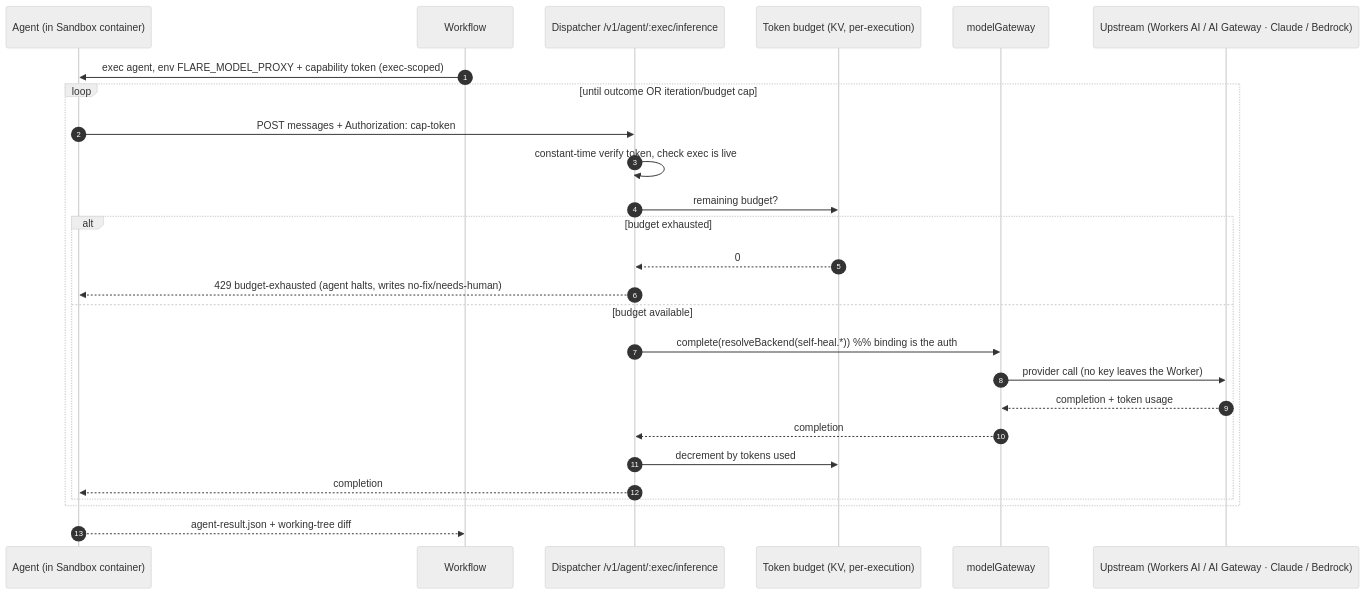
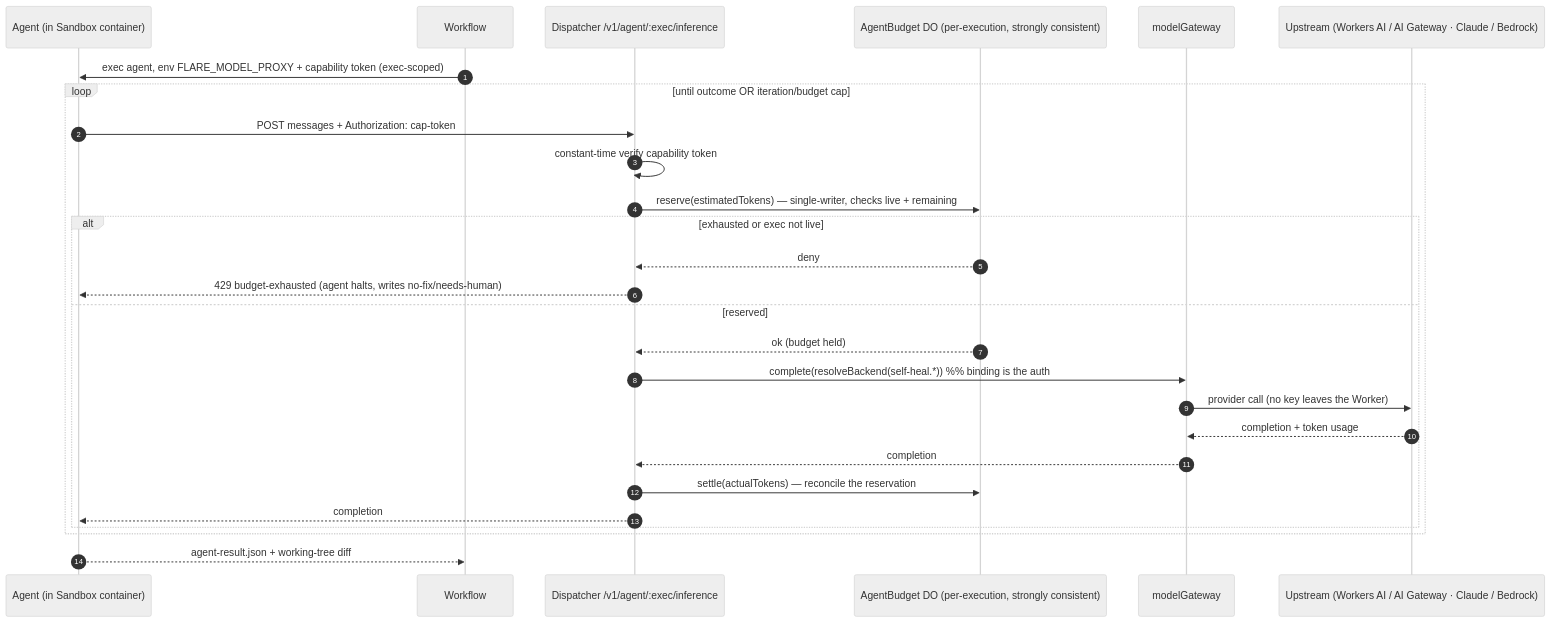
One commit to OpenHackersClub/flare-dispatch changed the fourth of 7 diagrams in specs/08-self-healing.md. Above: the diagram before and after it, drawn with Mermaid (neutral theme). The commit also changed other lines of this file, not shown here.

````diff
--- a/specs/08-self-healing.md
+++ b/specs/08-self-healing.md
@@ -411,29 +431,30 @@
 ```mermaid
 sequenceDiagram
   autonumber
   participant AG as Agent (in Sandbox container)
   participant WF as Workflow
   participant MP as Dispatcher /v1/agent/:exec/inference
-  participant TB as Token budget (KV, per-execution)
+  participant TB as AgentBudget DO (per-execution, strongly consistent)
   participant MG as modelGateway
   participant UP as Upstream (Workers AI / AI Gateway · Claude / Bedrock)
 
   WF->>AG: exec agent, env FLARE_MODEL_PROXY + capability token (exec-scoped)
   loop until outcome OR iteration/budget cap
     AG->>MP: POST messages + Authorization: cap-token
-    MP->>MP: constant-time verify token, check exec is live
-    MP->>TB: remaining budget?
-    alt budget exhausted
-      TB-->>MP: 0
+    MP->>MP: constant-time verify capability token
+    MP->>TB: reserve(estimatedTokens) — single-writer, checks live + remaining
+    alt exhausted or exec not live
+      TB-->>MP: deny
       MP-->>AG: 429 budget-exhausted (agent halts, writes no-fix/needs-human)
-    else budget available
+    else reserved
+      TB-->>MP: ok (budget held)
       MP->>MG: complete(resolveBackend(self-heal.*))  %% binding is the auth
       MG->>UP: provider call (no key leaves the Worker)
       UP-->>MG: completion + token usage
       MG-->>MP: completion
-      MP->>TB: decrement by tokens used
+      MP->>TB: settle(actualTokens) — reconcile the reservation
       MP-->>AG: completion
     end
   end
   AG-->>WF: agent-result.json + working-tree diff
 ```
````
